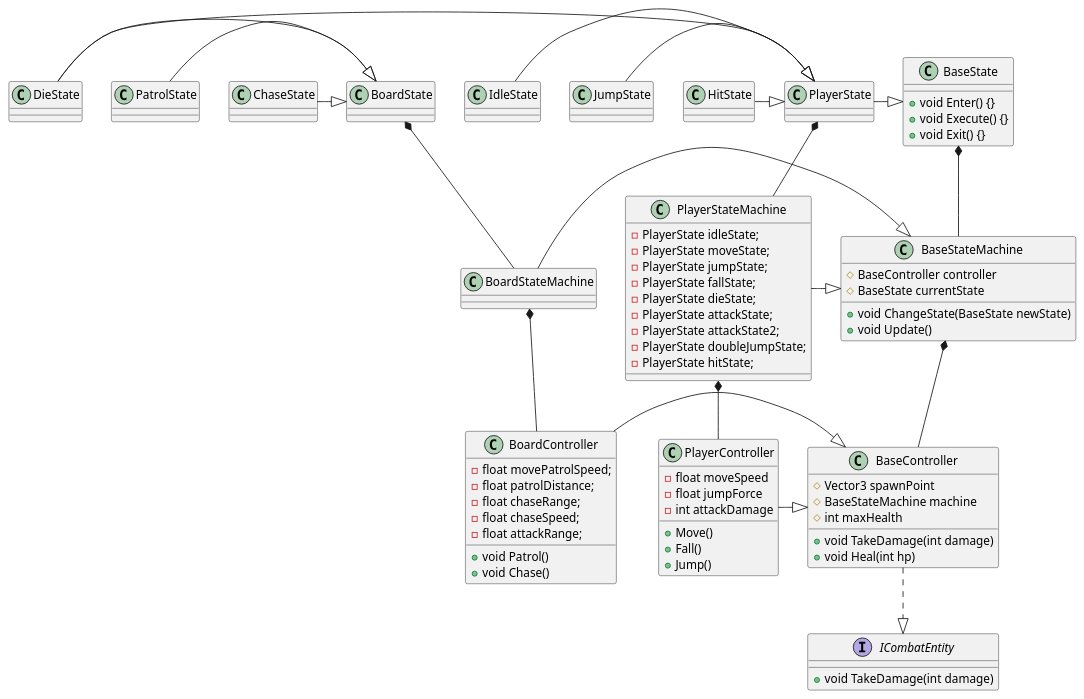
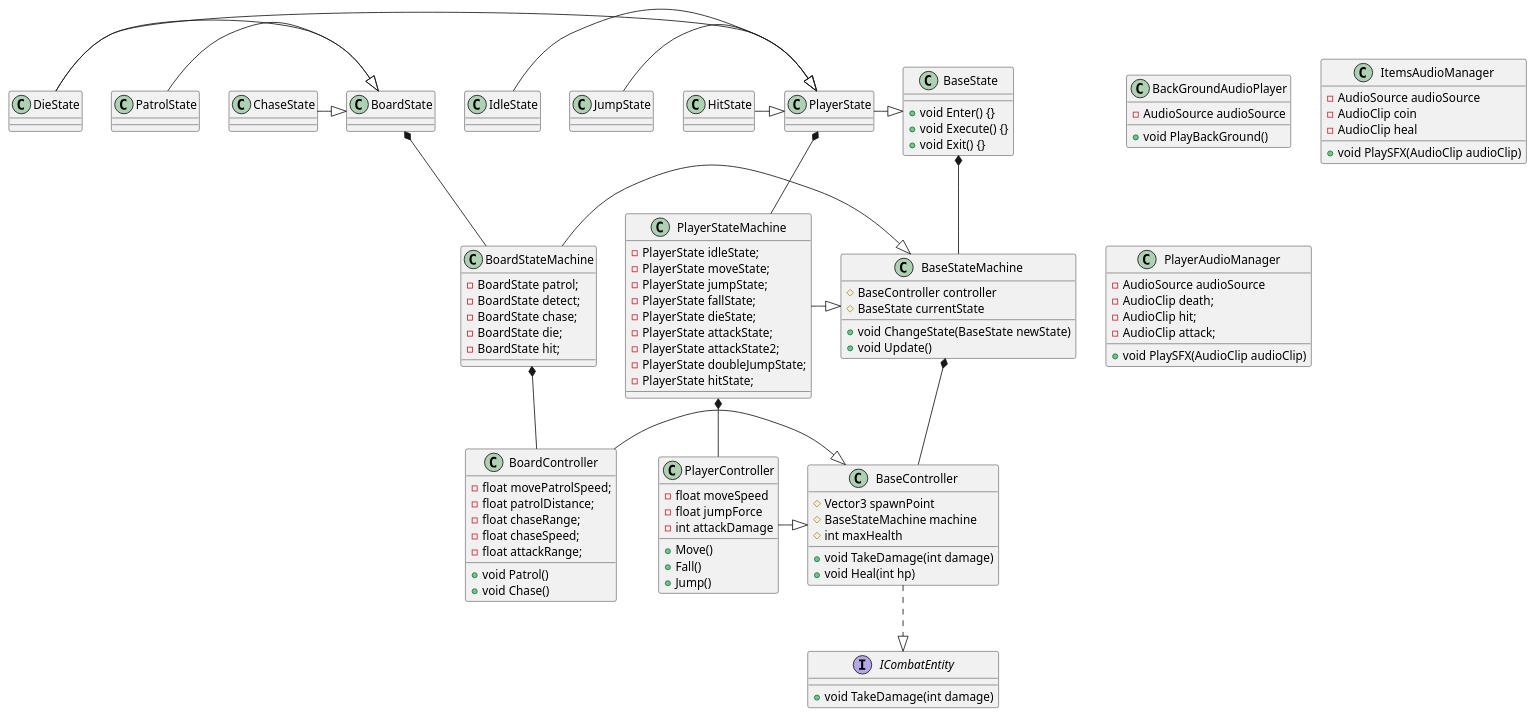
Before and after one commit to vd4tzz/unity-game-project: the diagram in test.puml, drawn with PlantUML. The commit also changed 4 other files, not shown here.

```diff
--- a/test.puml
+++ b/test.puml
@@ -1,127 +1,154 @@
 @startuml Diagram
 
 interface ICombatEntity {
     + void TakeDamage(int damage)
 }
 
 class BaseController {
     # Vector3 spawnPoint
     # BaseStateMachine machine
     # int maxHealth
 
     + void TakeDamage(int damage)
     + void Heal(int hp)
 }
 
 class BaseStateMachine {
     # BaseController controller
     # BaseState currentState
 
     + void ChangeState(BaseState newState)
     + void Update()
 }
 
 class BaseState 
 {
     + void Enter() {}
     + void Execute() {}
     + void Exit() {}
 }
 
 BaseController ..|> ICombatEntity
 BaseStateMachine *-- BaseController
 BaseState *-- BaseStateMachine
 
 class PlayerController {
     - float moveSpeed
     - float jumpForce
     - int attackDamage
 
     + Move()
     + Fall()
     + Jump()
 
 } 
 PlayerController -|> BaseController
 
 class PlayerStateMachine {
     - PlayerState idleState;
     - PlayerState moveState;
     - PlayerState jumpState;
     - PlayerState fallState;
     - PlayerState dieState;
     - PlayerState attackState;
     - PlayerState attackState2;
     - PlayerState doubleJumpState;
     - PlayerState hitState;
 }
 PlayerStateMachine -|> BaseStateMachine
 
 class PlayerState {
 
 }
 PlayerState -|> BaseState
 
 class IdleState {
 
 }
 IdleState -|> PlayerState
 
 class JumpState {
 
 }
 JumpState -|> PlayerState
 
 class HitState {
 
 }
 HitState -|> PlayerState
 
 
 class DieState {
 
 }
 DieState -|> PlayerState
 
 PlayerStateMachine *-- PlayerController
 PlayerState *-- PlayerStateMachine
 
 class BoardController {
     - float movePatrolSpeed;
     - float patrolDistance;
     - float chaseRange;
     - float chaseSpeed;
     - float attackRange;
 
     + void Patrol()
     + void Chase()
 } 
 BoardController -|> BaseController
 
 class BoardStateMachine {
-
+    - BoardState patrol;
+    - BoardState detect;
+    - BoardState chase;
+    - BoardState die;
+    - BoardState hit;
 }
 BoardStateMachine -|> BaseStateMachine
 
 class BoardState {
 
 }
 
 class PatrolState {
 
 }
 PatrolState -|> BoardState
 
 class ChaseState {
 
 }
 ChaseState -|> BoardState
 
 class DieState {
 
 }
 DieState -|> BoardState
 
+class BackGroundAudioPlayer {
+    - AudioSource audioSource
+
+    + void PlayBackGround()
+}
+
+class ItemsAudioManager {
+    - AudioSource audioSource
+    - AudioClip coin
+    - AudioClip heal
+
+    + void PlaySFX(AudioClip audioClip)
+}
+
+class PlayerAudioManager {
+    - AudioSource audioSource
+    - AudioClip death;
+    - AudioClip hit;
+    - AudioClip attack;
+
+    + void PlaySFX(AudioClip audioClip)
+}
+
 BoardStateMachine *-- BoardController
 BoardState *-- BoardStateMachine
 @enduml
```
